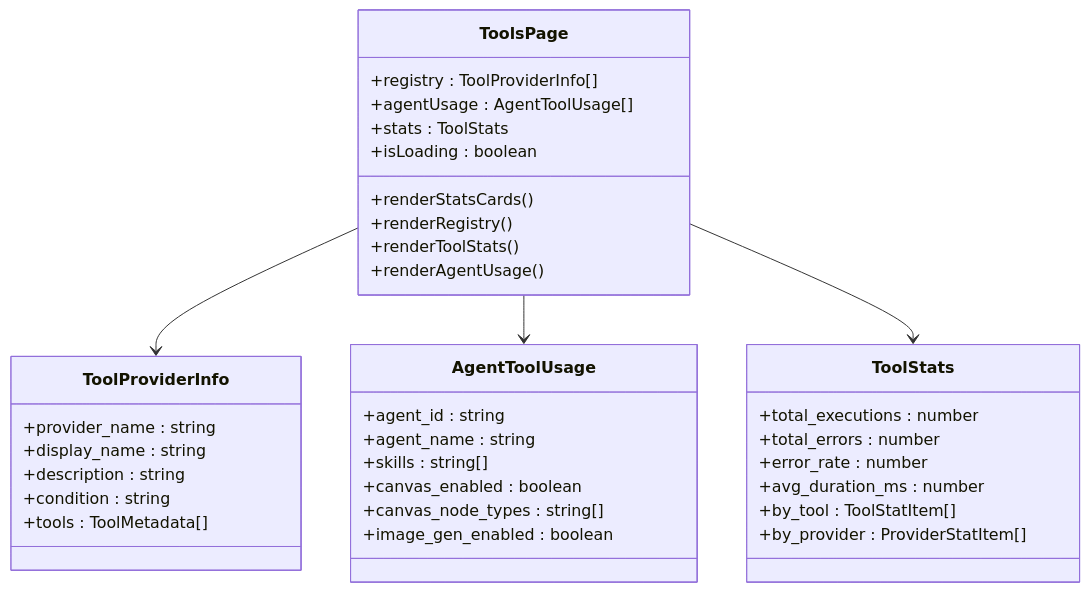
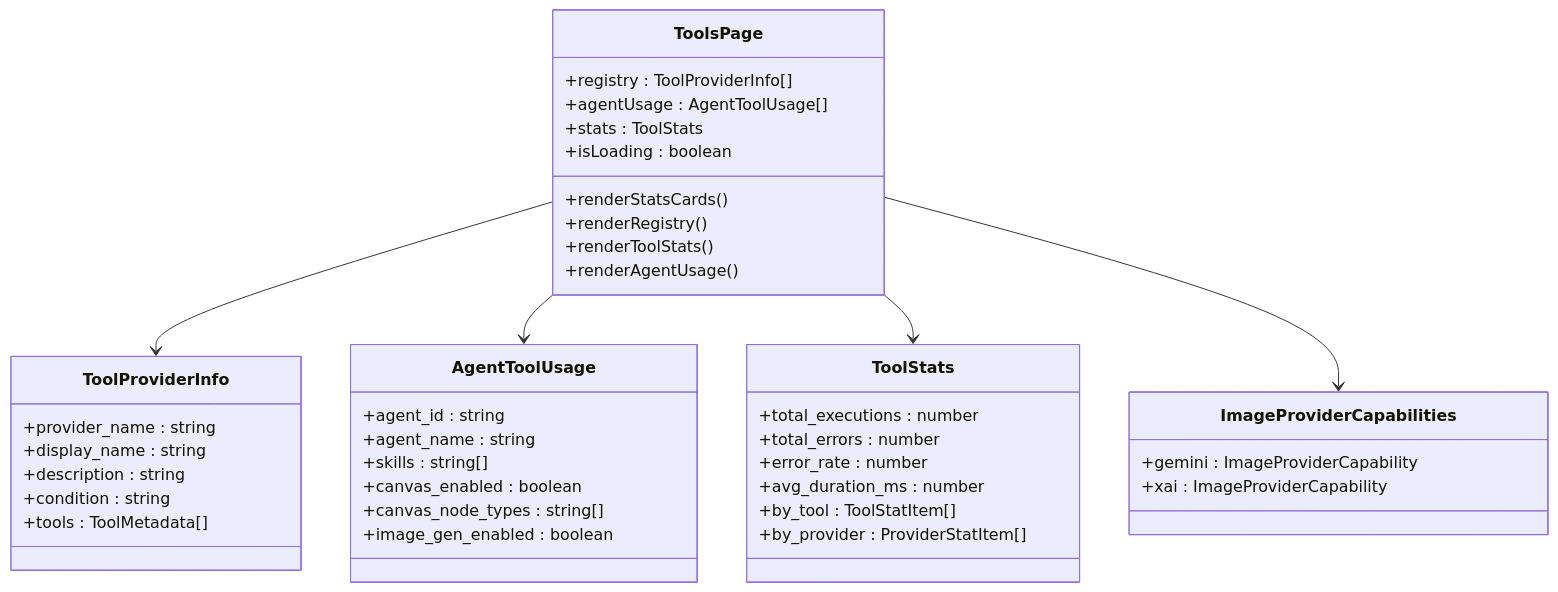
One commit to KunLabAI/KunFlix changed the third of 9 diagrams in .qoder/repowiki/zh/content/管理员后台系统/管理员工具管理.md. Above: the diagram before and after it, drawn with Mermaid. The commit also changed other lines of this file and 13 other files, not shown here.

````diff
--- a/.qoder/repowiki/zh/content/管理员后台系统/管理员工具管理.md
+++ b/.qoder/repowiki/zh/content/管理员后台系统/管理员工具管理.md
@@ -141,39 +167,44 @@
 ```mermaid
 classDiagram
 class ToolsPage {
 +registry : ToolProviderInfo[]
 +agentUsage : AgentToolUsage[]
 +stats : ToolStats
 +isLoading : boolean
 +renderStatsCards()
 +renderRegistry()
 +renderToolStats()
 +renderAgentUsage()
 }
 class ToolProviderInfo {
 +provider_name : string
 +display_name : string
 +description : string
 +condition : string
 +tools : ToolMetadata[]
 }
 class AgentToolUsage {
 +agent_id : string
 +agent_name : string
 +skills : string[]
 +canvas_enabled : boolean
 +canvas_node_types : string[]
 +image_gen_enabled : boolean
 }
 class ToolStats {
 +total_executions : number
 +total_errors : number
 +error_rate : number
 +avg_duration_ms : number
 +by_tool : ToolStatItem[]
 +by_provider : ProviderStatItem[]
 }
+class ImageProviderCapabilities {
++gemini : ImageProviderCapability
++xai : ImageProviderCapability
+}
 ToolsPage --> ToolProviderInfo
 ToolsPage --> AgentToolUsage
 ToolsPage --> ToolStats
+ToolsPage --> ImageProviderCapabilities
 ```
````
